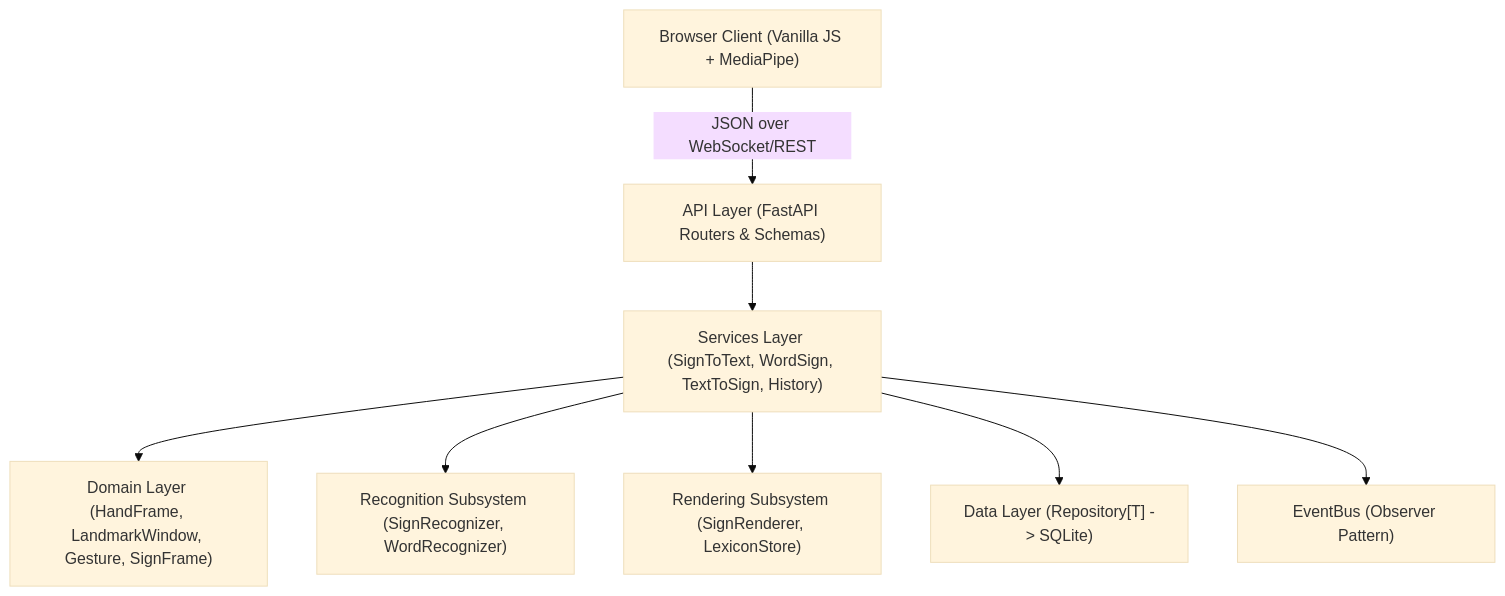
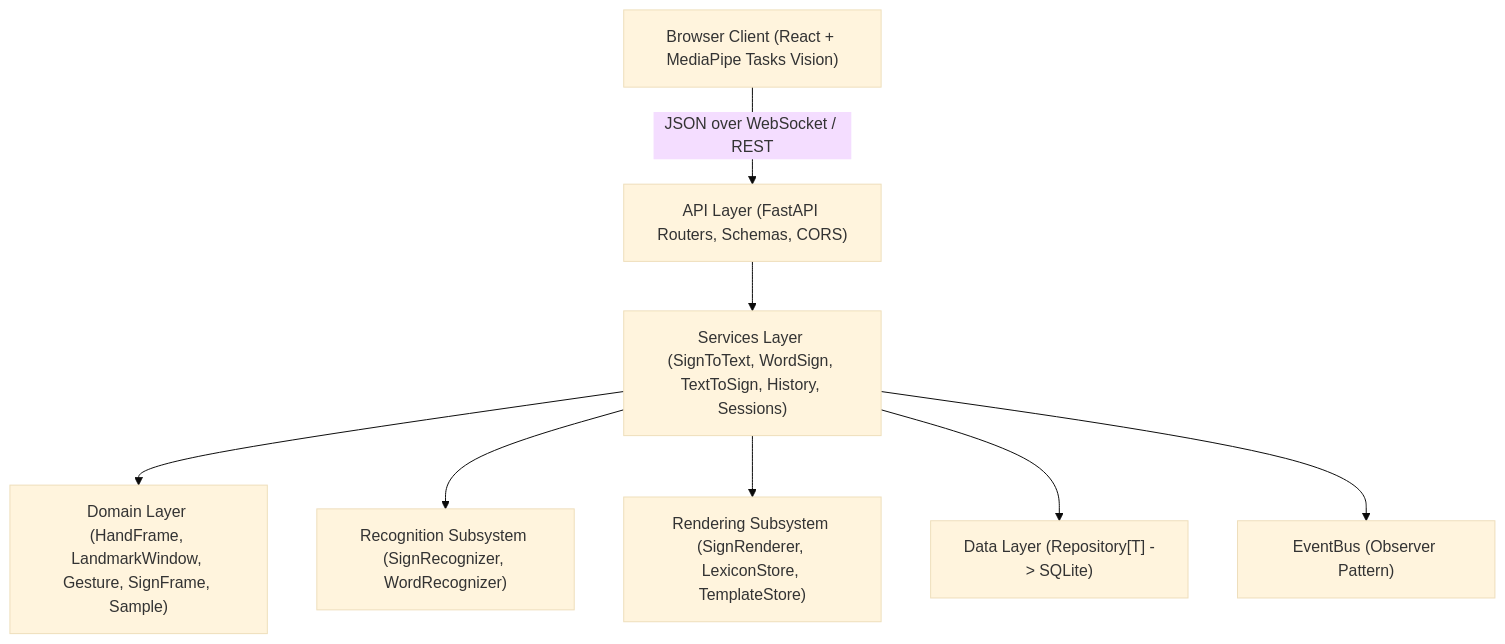
The first of 7 diagrams in docs/DESIGN.md (thenix09/SIGN_BRIDGE), drawn with Mermaid (base theme) before and after one commit. The commit also changed other lines of this file and 8 other files, not shown here.

Commit message:
docs & feat: complete QA report, maintenance guide, design diagrams, latency benchmark, and live frontend recognition integration

````diff
--- a/docs/DESIGN.md
+++ b/docs/DESIGN.md
@@ -8,10 +12,10 @@
 ```mermaid
 flowchart TD
-    Client["Browser Client (Vanilla JS + MediaPipe)"] -->|JSON over WebSocket/REST| API["API Layer (FastAPI Routers & Schemas)"]
-    API --> Services["Services Layer (SignToText, WordSign, TextToSign, History)"]
-    Services --> Domain["Domain Layer (HandFrame, LandmarkWindow, Gesture, SignFrame)"]
+    Client["Browser Client (React + MediaPipe Tasks Vision)"] -->|JSON over WebSocket / REST| API["API Layer (FastAPI Routers, Schemas, CORS)"]
+    API --> Services["Services Layer (SignToText, WordSign, TextToSign, History, Sessions)"]
+    Services --> Domain["Domain Layer (HandFrame, LandmarkWindow, Gesture, SignFrame, Sample)"]
     Services --> Recognition["Recognition Subsystem (SignRecognizer, WordRecognizer)"]
-    Services --> Rendering["Rendering Subsystem (SignRenderer, LexiconStore)"]
+    Services --> Rendering["Rendering Subsystem (SignRenderer, LexiconStore, TemplateStore)"]
     Services --> Repositories["Data Layer (Repository[T] -> SQLite)"]
     Services --> EventBus["EventBus (Observer Pattern)"]
 ```
````
